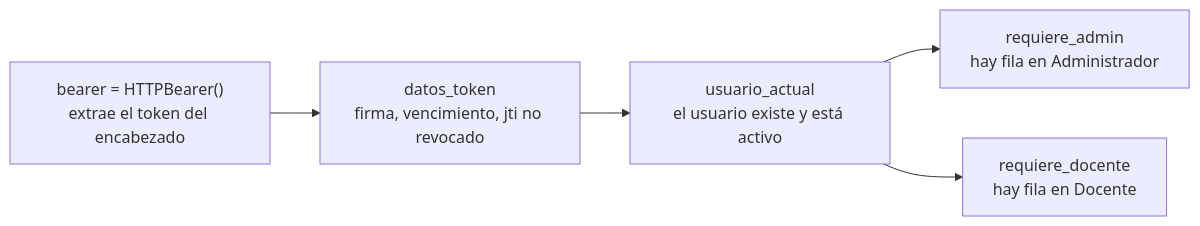
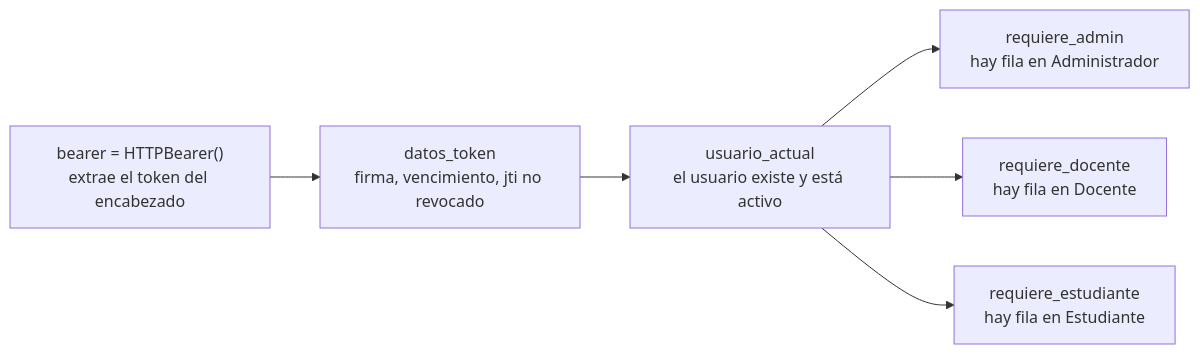
Before and after one commit to Huitrado/SEPA: the second of 2 diagrams in docs/backend/04-seguridad.md, drawn with Mermaid. The commit also changed other lines of this file and 12 other files, not shown here.

````diff
--- a/docs/backend/04-seguridad.md
+++ b/docs/backend/04-seguridad.md
@@ -188,7 +188,8 @@
 ```mermaid
 flowchart LR
     A["bearer = HTTPBearer()<br/>extrae el token del encabezado"] --> B["datos_token<br/>firma, vencimiento, jti no revocado"]
     B --> C["usuario_actual<br/>el usuario existe y está activo"]
     C --> D1["requiere_admin<br/>hay fila en Administrador"]
     C --> D2["requiere_docente<br/>hay fila en Docente"]
+    C --> D3["requiere_estudiante<br/>hay fila en Estudiante"]
 ```
````
